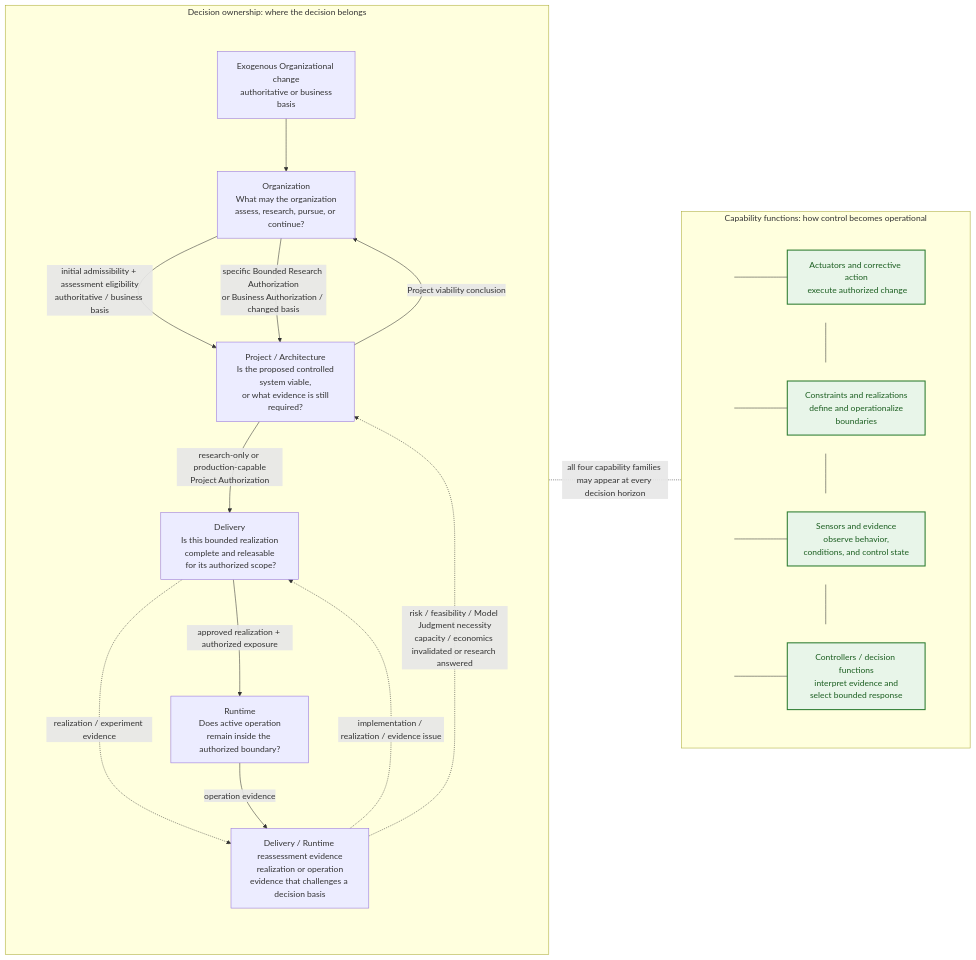
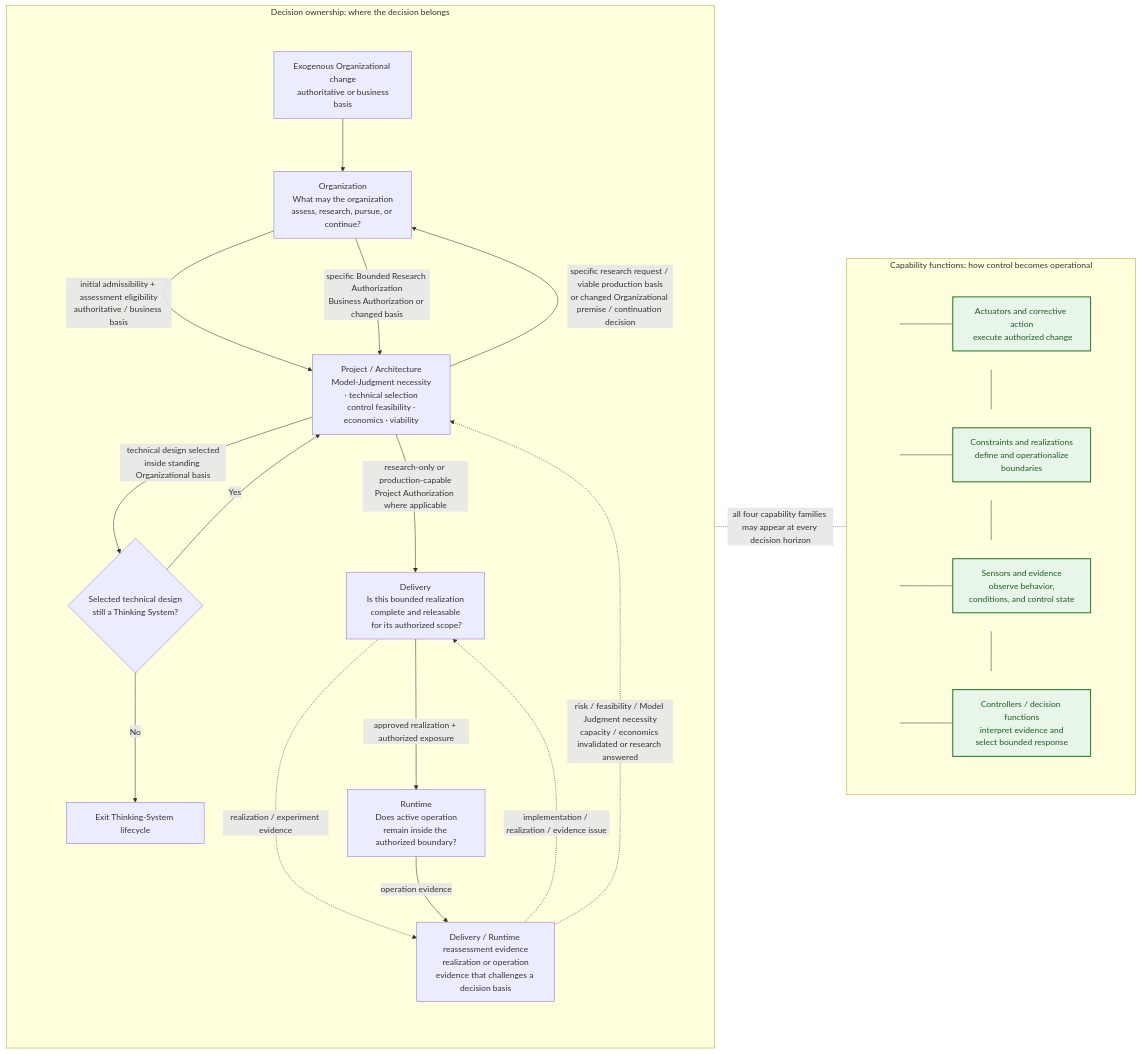
One commit to UncertaintyArchitectureGroup/uncertainty-architecture changed the ninth of 15 diagrams in content/research/notes/open-engineering-specification-article-draft.md. Above: the diagram before and after it, drawn with Mermaid. The commit also changed other lines of this file and 2 other files, not shown here.

Commit message:
Align Article lifecycle ownership semantics

````diff
--- a/content/research/notes/open-engineering-specification-article-draft.md
+++ b/content/research/notes/open-engineering-specification-article-draft.md
@@ -508,63 +511,66 @@
 ```mermaid
 flowchart LR
     subgraph L["Decision ownership: where the decision belongs"]
         direction TB
         subgraph SPINE9[" "]
             direction TB
             O["Organization<br/> What may the organization assess, research, pursue, or continue?"]
-            P["Project / Architecture<br/> Is the proposed controlled system viable,<br/> or what evidence is still required?"]
+            P["Project / Architecture<br/> Model-Judgment necessity · technical selection<br/> control feasibility · economics · viability"]
+            CAT{"Selected technical design<br/> still a Thinking System?"}
+            EXIT["Exit Thinking-System lifecycle"]
             D["Delivery<br/> Is this bounded realization complete and releasable<br/> for its authorized scope?"]
             R["Runtime<br/> Does active operation remain inside the authorized boundary?"]
             E["Delivery / Runtime reassessment evidence<br/> realization or operation evidence that challenges a decision basis"]
             X["Exogenous Organizational change<br/> authoritative or business basis"]
 
             O -->|initial admissibility + assessment eligibility<br/>authoritative / business basis| P
-            P -->|Project viability conclusion| O
-            O -->|specific Bounded Research Authorization<br/>or Business Authorization / changed basis| P
-            P -->|research-only or production-capable<br/>Project Authorization| D
+            P -->|technical design selected<br/>inside standing Organizational basis| CAT
+            CAT -->|No| EXIT
+            CAT -->|Yes| P
+            P -->|specific research request / viable production basis<br/>or changed Organizational premise / continuation decision| O
+            O -->|specific Bounded Research Authorization<br/>Business Authorization or changed basis| P
+            P -->|research-only or production-capable<br/>Project Authorization where applicable| D
             D -->|approved realization + authorized exposure| R
             D -.->|realization / experiment evidence| E
             R -->|operation evidence| E
             X --> O
         end
 
         E -.->|implementation / realization / evidence issue| D
         E -.->|risk / feasibility / Model Judgment necessity<br/>capacity / economics invalidated or research answered| P
         style SPINE9 fill:none,stroke:none
     end
 
     subgraph F["Capability functions: how control becomes operational"]
         direction TB
         subgraph F1[" "]
             direction LR
             J1(( )) --- A["Actuators and corrective action<br/> execute authorized change"]
         end
         subgraph F2[" "]
             direction LR
             J2(( )) --- K["Constraints and realizations<br/> define and operationalize boundaries"]
         end
         subgraph F3[" "]
             direction LR
             J3(( )) --- S["Sensors and evidence<br/> observe behavior, conditions, and control state"]
         end
         subgraph F4[" "]
             direction LR
             J4(( )) --- C["Controllers / decision functions<br/> interpret evidence and select bounded response"]
         end
-
         J1 --- J2
         J2 --- J3
         J3 --- J4
         style F1 fill:none,stroke:none
         style F2 fill:none,stroke:none
         style F3 fill:none,stroke:none
         style F4 fill:none,stroke:none
     end
 
     L -. "all four capability families may appear at every decision horizon" .- F
-
     classDef capability fill:#e8f5e9,stroke:#2e7d32,stroke-width:2px,color:#1b5e20;
     classDef railpoint fill:transparent,stroke:transparent,color:transparent;
     class A,K,S,C capability;
     class J1,J2,J3,J4 railpoint;
 ```
````
